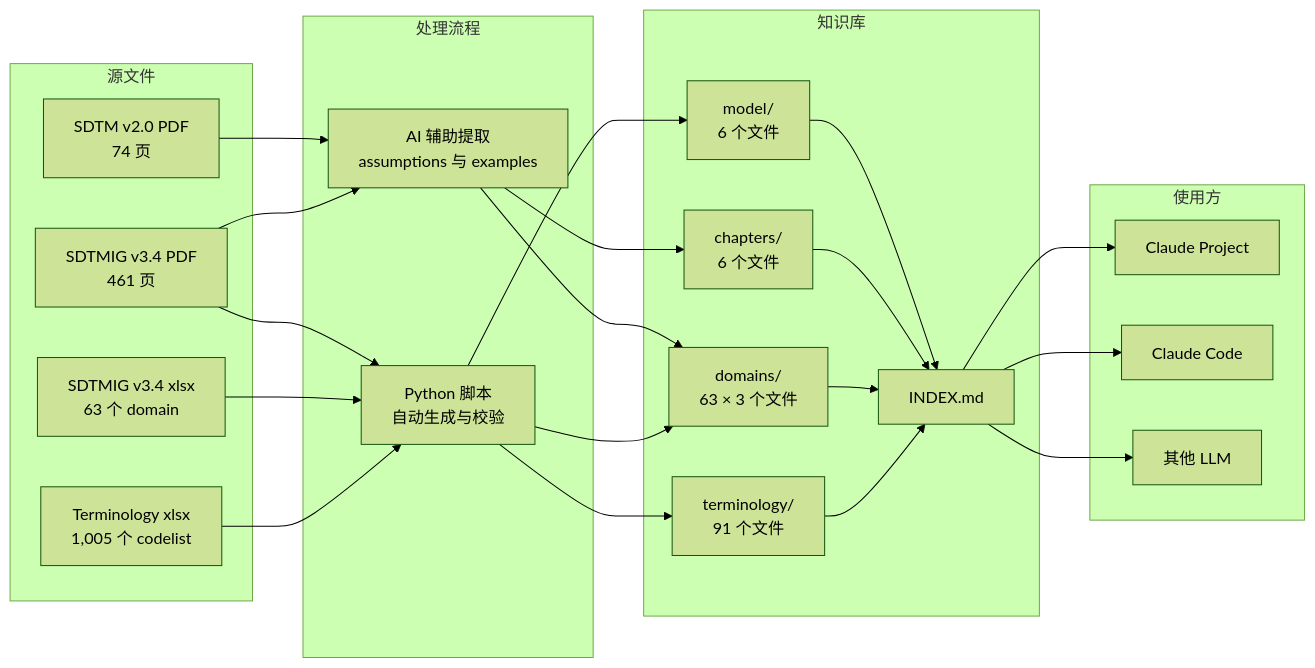
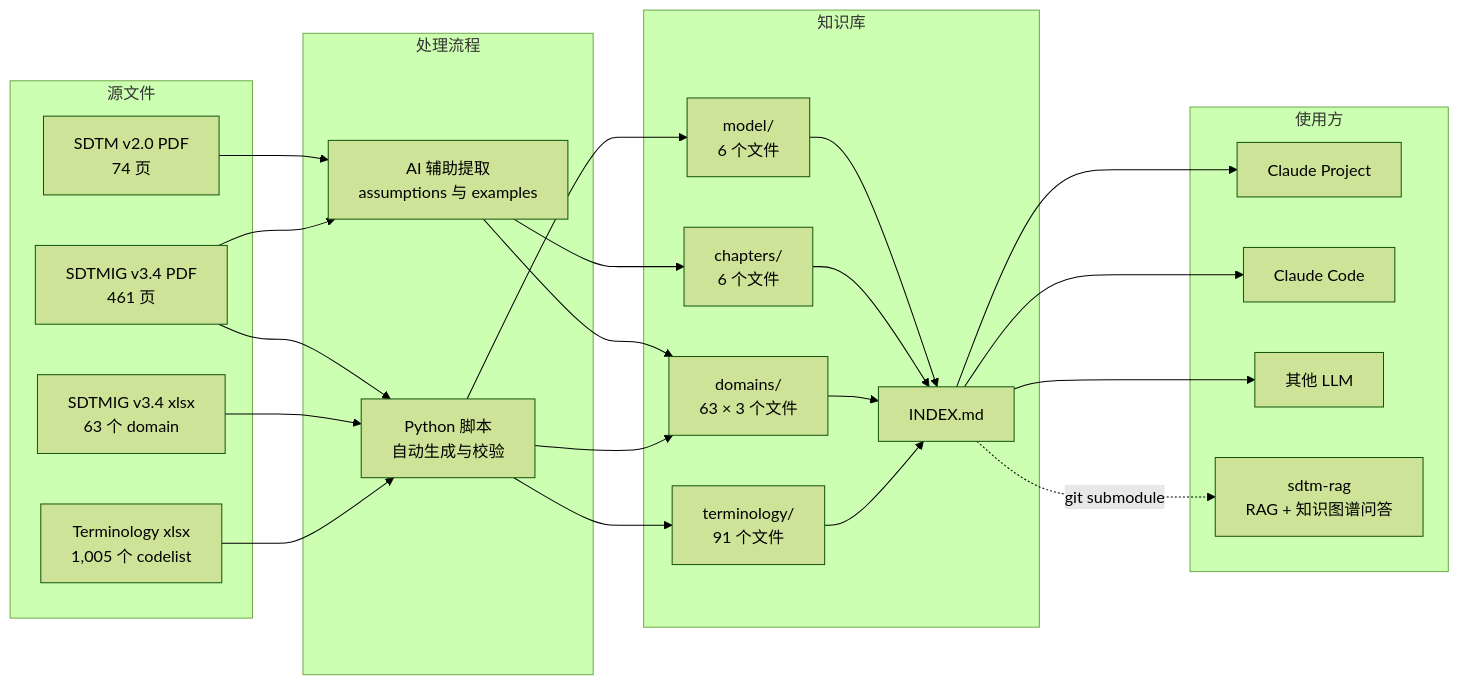
Before and after one commit to hakupao/sdtm-pedia: the first of 2 diagrams in README_CN.md, drawn with Mermaid (forest theme). The commit also changed other lines of this file and 27 other files, not shown here.

First line of the commit message:
docs: surface sibling repo sdtm-rag + KB tag convention + Tier B repair plan

````diff
--- a/README_CN.md
+++ b/README_CN.md
@@ -46,46 +50,48 @@
 ```mermaid
 graph LR
     subgraph 源文件
         A[SDTMIG v3.4 PDF<br/>461 页]
         B[SDTM v2.0 PDF<br/>74 页]
         C[SDTMIG v3.4 xlsx<br/>63 个 domain]
         D[Terminology xlsx<br/>1,005 个 codelist]
     end
 
     subgraph 处理流程
         E[Python 脚本<br/>自动生成与校验]
         F[AI 辅助提取<br/>assumptions 与 examples]
     end
 
     subgraph 知识库
         G[model/<br/>6 个文件]
         H[chapters/<br/>6 个文件]
         I[domains/<br/>63 × 3 个文件]
         J[terminology/<br/>91 个文件]
         K[INDEX.md]
     end
 
     subgraph 使用方
         L[Claude Project]
         M[Claude Code]
         N[其他 LLM]
+        O[sdtm-rag<br/>RAG + 知识图谱问答]
     end
 
     A --> E
     B --> F
     C --> E
     D --> E
     A --> F
     E --> G
     E --> J
     F --> H
     F --> I
     E --> I
     G --> K
     H --> K
     I --> K
     J --> K
     K --> L
     K --> M
     K --> N
+    K -.git submodule.-> O
 ```
````
